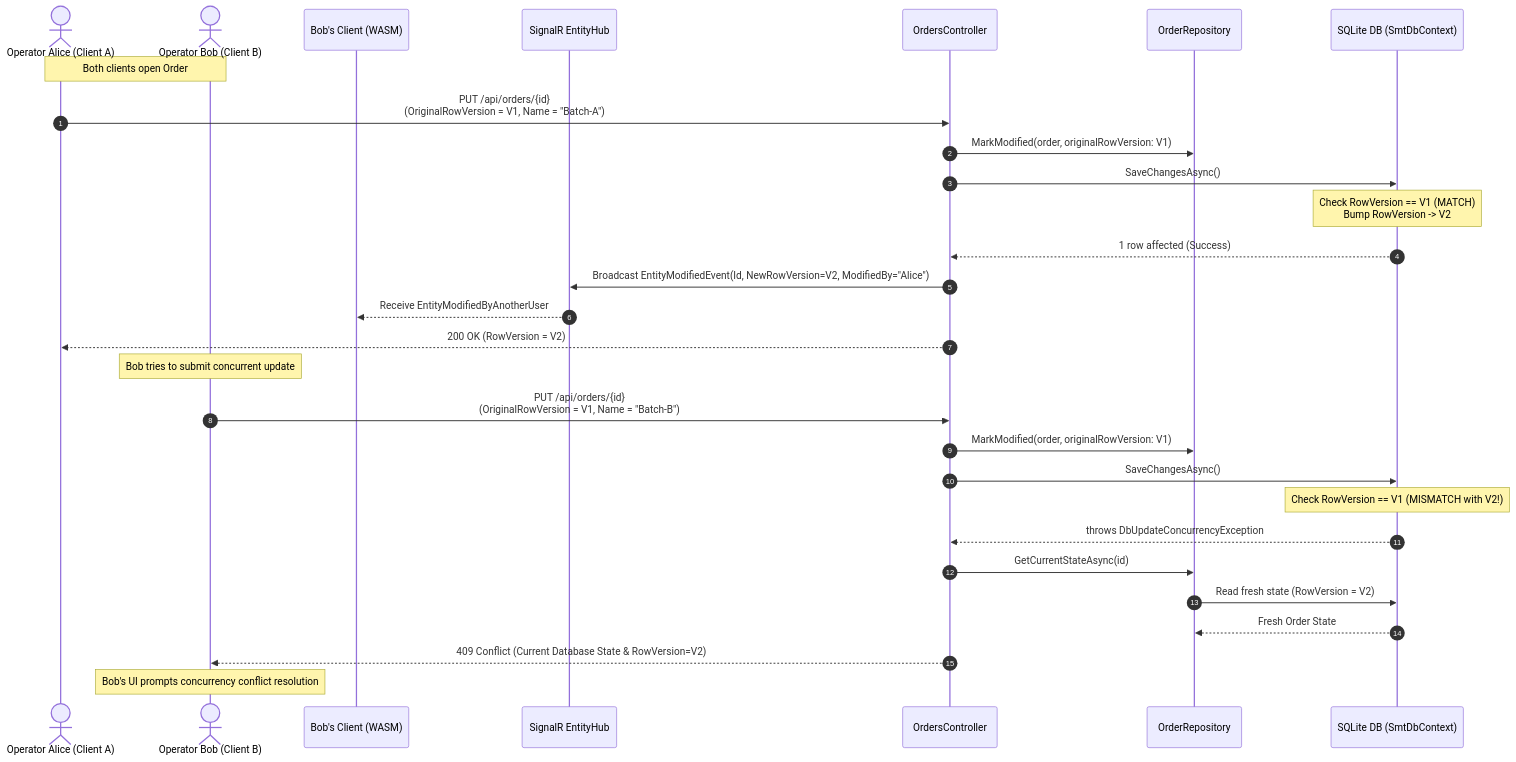
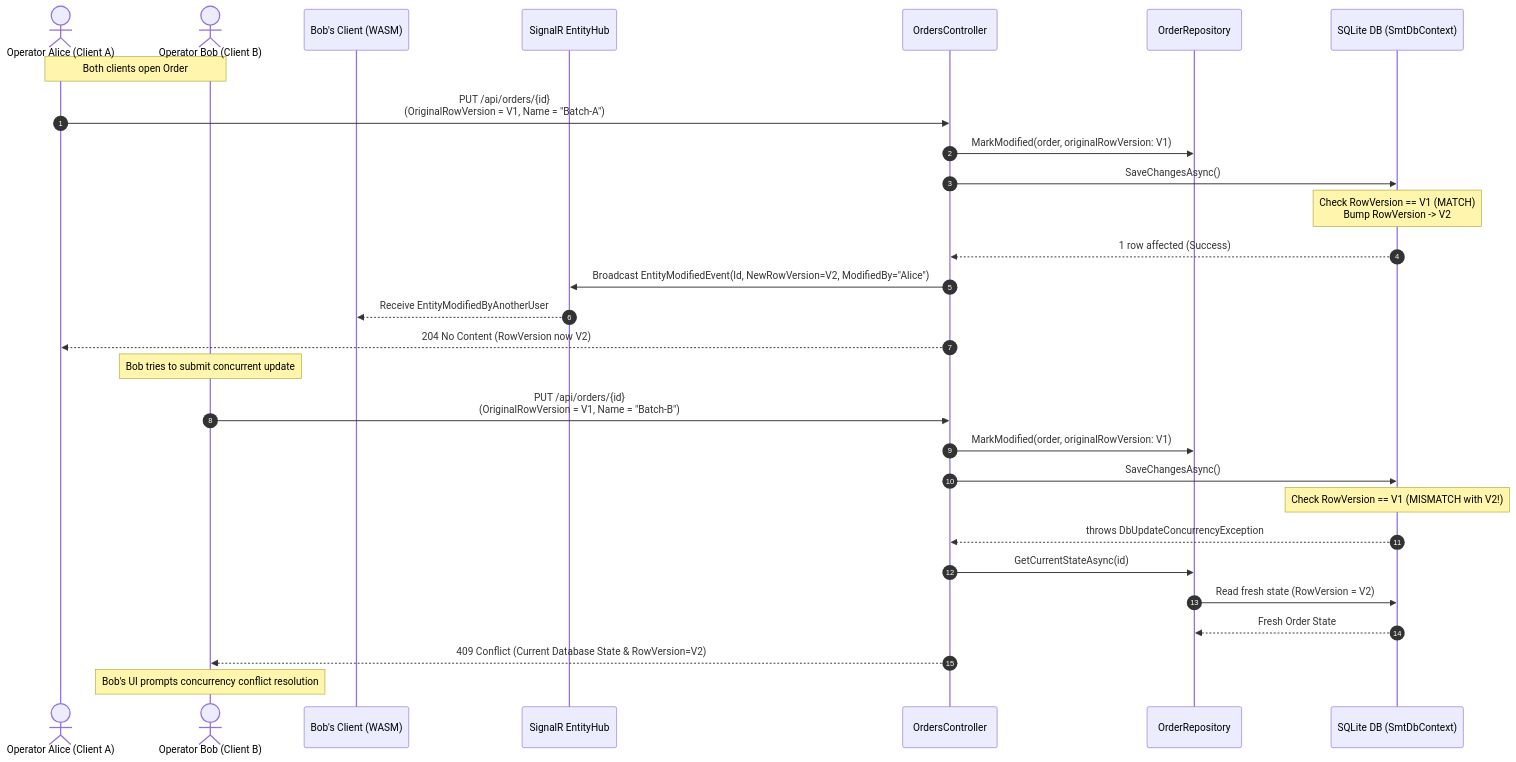
Before and after one commit to Blightbuster/SMT-OrderHub: the third of 3 diagrams in docs/architecture-doc.md, drawn with Mermaid. The commit also changed other lines of this file, not shown here.

Commit message:
docs(architecture): fix 204 status, explain CSRF, add paragraphs 6.3 and 7

````diff
--- a/docs/architecture-doc.md
+++ b/docs/architecture-doc.md
@@ -290,34 +290,34 @@
 ```mermaid
 sequenceDiagram
     autonumber
     actor ClientA as Operator Alice (Client A)
     actor ClientB as Operator Bob (Client B)
     participant WASM_B as Bob's Client (WASM)
     participant Hub as SignalR EntityHub
     participant API as OrdersController
     participant Repo as OrderRepository
     participant DB as SQLite DB (SmtDbContext)
 
     Note over ClientA, ClientB: Both clients open Order #1 (RowVersion = V1)
 
     ClientA->>API: PUT /api/orders/{id}<br/>(OriginalRowVersion = V1, Name = "Batch-A")
     API->>Repo: MarkModified(order, originalRowVersion: V1)
     API->>DB: SaveChangesAsync()
     Note over DB: Check RowVersion == V1 (MATCH)<br/>Bump RowVersion -> V2
     DB-->>API: 1 row affected (Success)
     API->>Hub: Broadcast EntityModifiedEvent(Id, NewRowVersion=V2, ModifiedBy="Alice")
     Hub-->>WASM_B: Receive EntityModifiedByAnotherUser
-    API-->>ClientA: 200 OK (RowVersion = V2)
+    API-->>ClientA: 204 No Content (RowVersion now V2)
 
     Note over ClientB: Bob tries to submit concurrent update
     ClientB->>API: PUT /api/orders/{id}<br/>(OriginalRowVersion = V1, Name = "Batch-B")
     API->>Repo: MarkModified(order, originalRowVersion: V1)
     API->>DB: SaveChangesAsync()
     Note over DB: Check RowVersion == V1 (MISMATCH with V2!)
     DB-->>API: throws DbUpdateConcurrencyException
     API->>Repo: GetCurrentStateAsync(id)
     Repo->>DB: Read fresh state (RowVersion = V2)
     DB-->>Repo: Fresh Order State
     API-->>ClientB: 409 Conflict (Current Database State & RowVersion=V2)
     Note over ClientB: Bob's UI prompts concurrency conflict resolution
 ```
````
